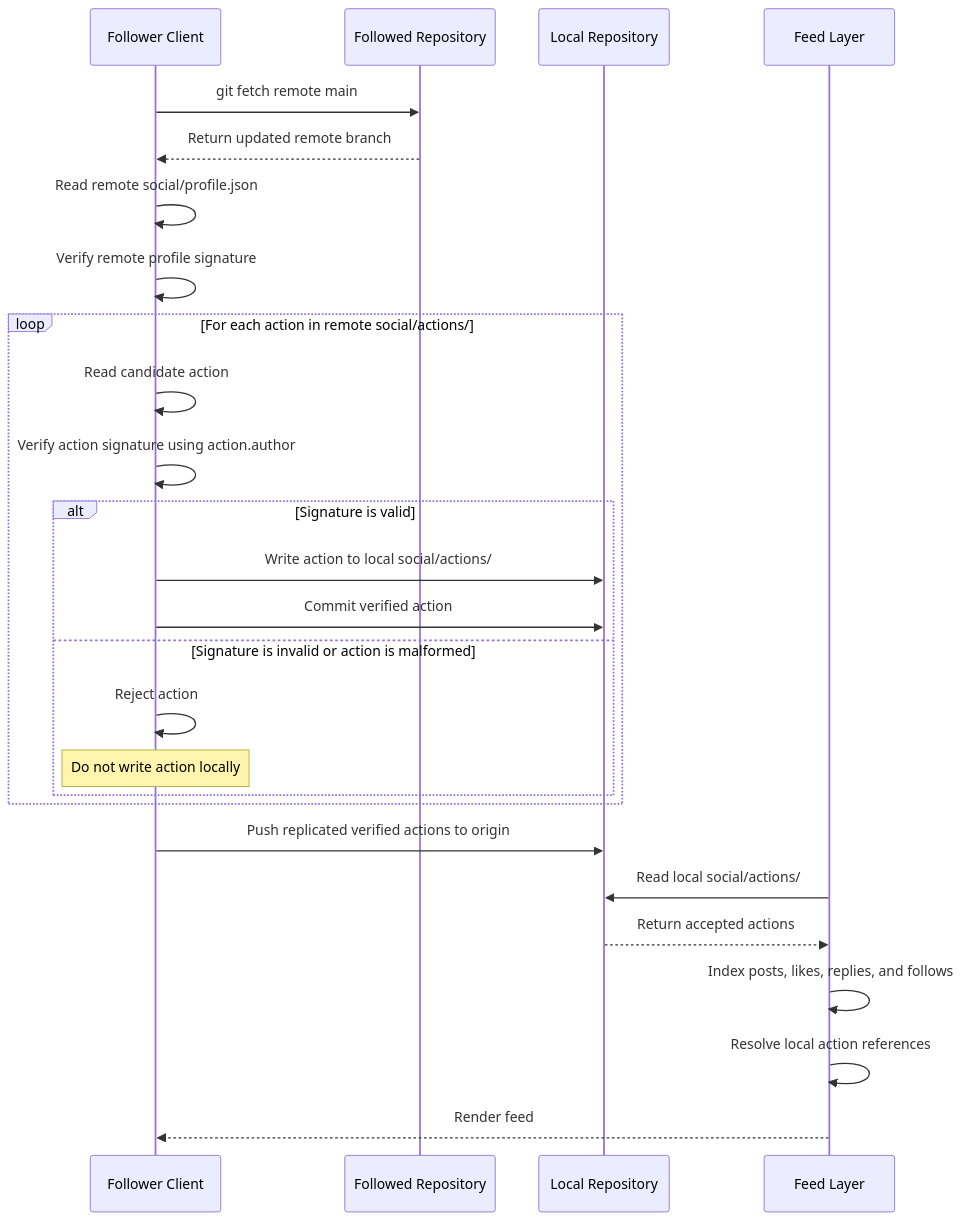
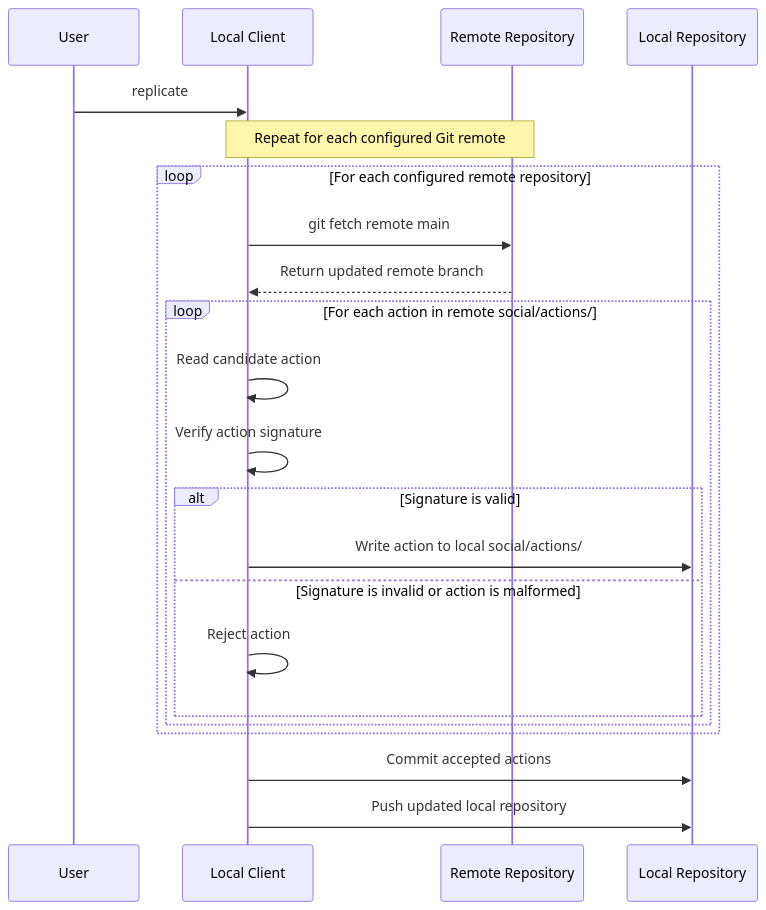
Before and after one commit to gargster/ELEC4712_Decentralised_Blog: the fifth of 6 diagrams in latest_design.md, drawn with Mermaid.

Commit message:
update replication diagram

````diff
--- a/latest_design.md
+++ b/latest_design.md
@@ -142,34 +142,30 @@
 ```mermaid
 sequenceDiagram
-    participant Client as Follower Client
-    participant Remote as Followed Repository
-    participant Local as Local Repository
-    participant Feed as Feed Layer
+    participant User
+    participant Client as Local Client
+    participant Remote as Remote Repository
+    participant Repo as Local Repository
 
-    Client->>Remote: git fetch remote main
-    Remote-->>Client: Return updated remote branch
+    User->>Client: replicate
 
-    Client->>Client: Read remote social/profile.json
-    Client->>Client: Verify remote profile signature
+    Note over Client,Remote: Repeat for each configured Git remote
 
-    loop For each action in remote social/actions/
-        Client->>Client: Read candidate action
-        Client->>Client: Verify action signature using action.author
+    loop For each configured remote repository
+        Client->>Remote: git fetch remote main
+        Remote-->>Client: Return updated remote branch
 
-        alt Signature is valid
-            Client->>Local: Write action to local social/actions/
-            Client->>Local: Commit verified action
-        else Signature is invalid or action is malformed
-            Client->>Client: Reject action
-            Note over Client: Do not write action locally
+        loop For each action in remote social/actions/
+            Client->>Client: Read candidate action
+            Client->>Client: Verify action signature
+
+            alt Signature is valid
+                Client->>Repo: Write action to local social/actions/
+            else Signature is invalid or action is malformed
+                Client->>Client: Reject action
+            end
         end
     end
 
-    Client->>Local: Push replicated verified actions to origin
-
-    Feed->>Local: Read local social/actions/
-    Local-->>Feed: Return accepted actions
-    Feed->>Feed: Index posts, likes, replies, and follows
-    Feed->>Feed: Resolve local action references
-    Feed-->>Client: Render feed
+    Client->>Repo: Commit accepted actions
+    Client->>Repo: Push updated local repository
 ```
````
